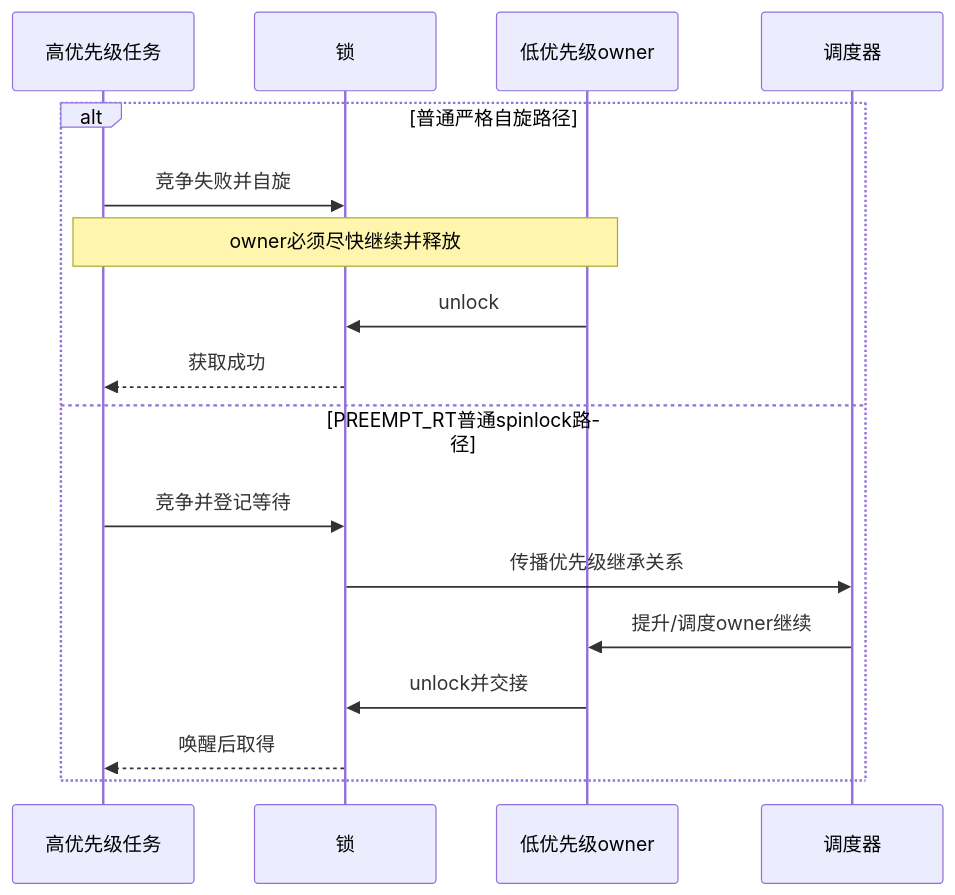
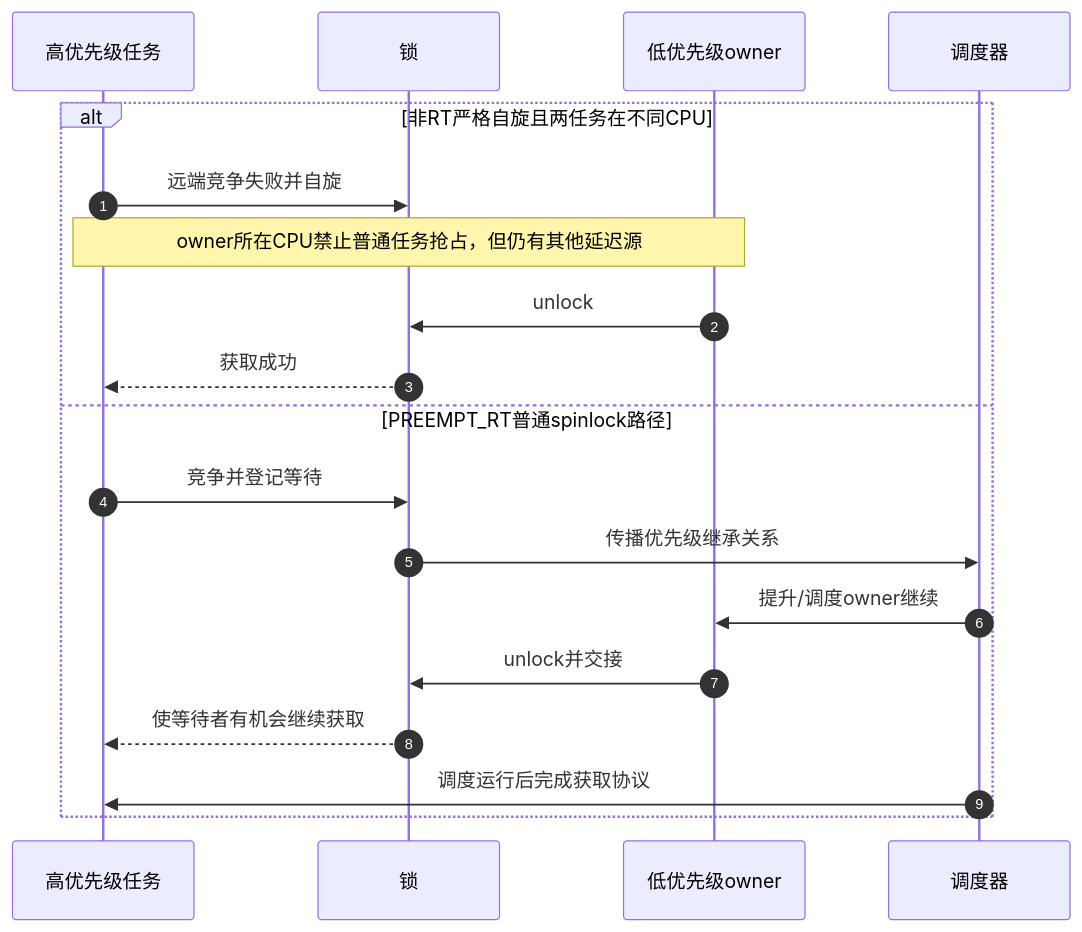
One commit to FormingSystem/linux_note changed the first of 3 diagrams in knowledge/linux/synchronization_and_asynchrony/synchronization/locks/P07_PREEMPT_RT生命周期与选型.md. Above: the diagram before and after it, drawn with Mermaid. The commit also changed other lines of this file and 5 other files, not shown here.

````diff
--- a/knowledge/linux/synchronization_and_asynchrony/synchronization/locks/P07_PREEMPT_RT生命周期与选型.md
+++ b/knowledge/linux/synchronization_and_asynchrony/synchronization/locks/P07_PREEMPT_RT生命周期与选型.md
@@ -29,20 +39,22 @@
 ```mermaid
 sequenceDiagram
+    autonumber
     participant H as 高优先级任务
     participant L as 锁
     participant O as 低优先级owner
     participant S as 调度器
 
-    alt 普通严格自旋路径
-        H->>L: 竞争失败并自旋
-        Note over H,O: owner必须尽快继续并释放
+    alt 非RT严格自旋且两任务在不同CPU
+        H->>L: 远端竞争失败并自旋
+        Note over H,O: owner所在CPU禁止普通任务抢占，但仍有其他延迟源
         O->>L: unlock
         L-->>H: 获取成功
     else PREEMPT_RT普通spinlock路径
         H->>L: 竞争并登记等待
         L->>S: 传播优先级继承关系
         S->>O: 提升/调度owner继续
         O->>L: unlock并交接
-        L-->>H: 唤醒后取得
+        L-->>H: 使等待者有机会继续获取
+        S->>H: 调度运行后完成获取协议
     end
 ```
````
